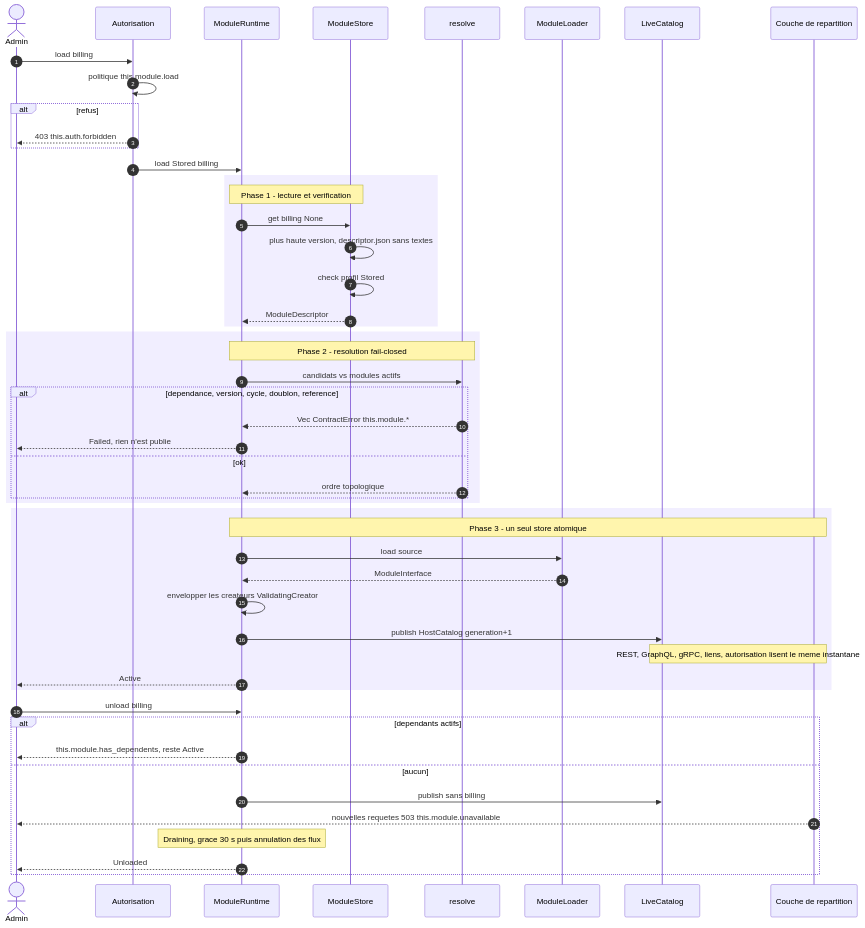
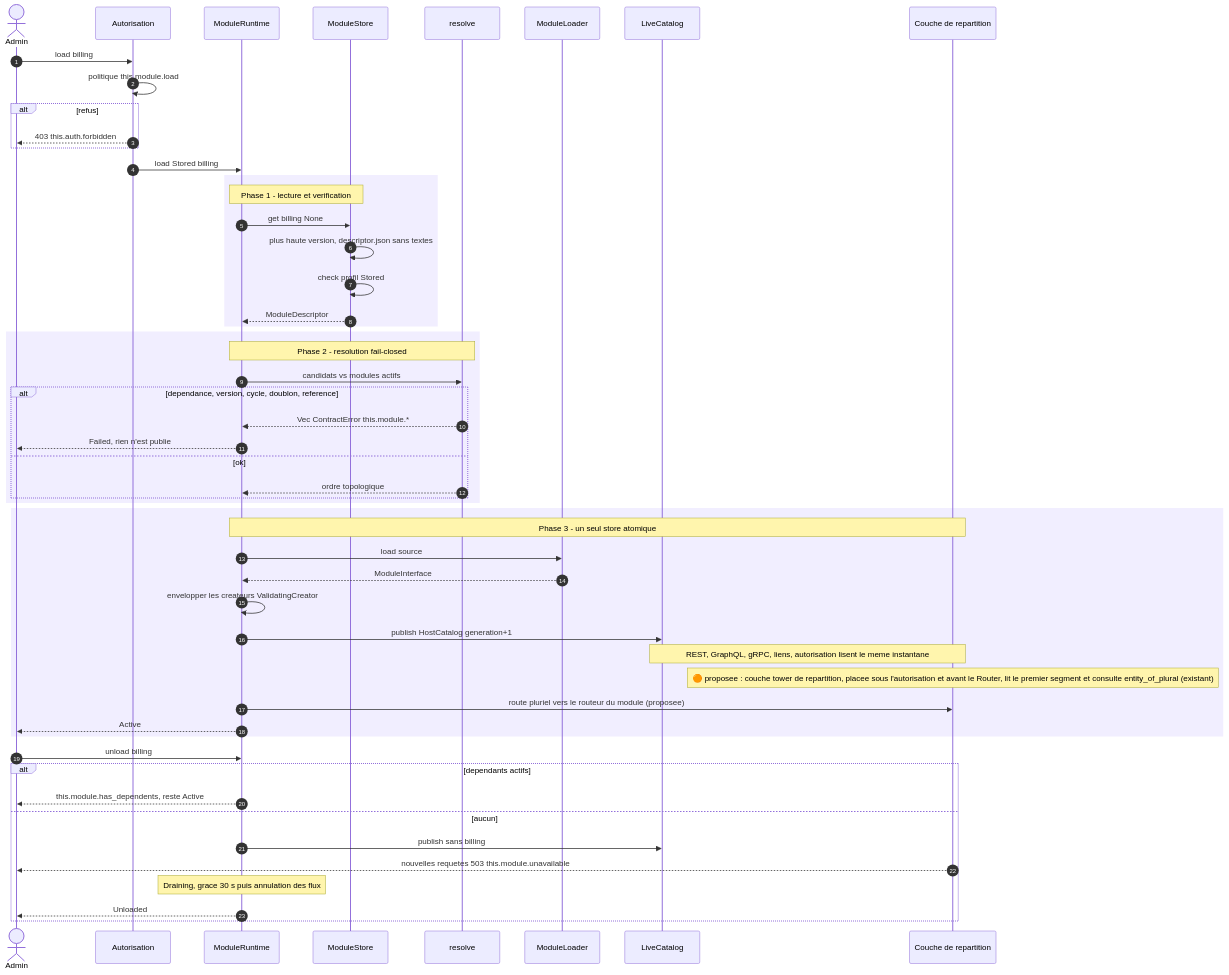
Before and after one commit to this-rs/this: the diagram in docs/atlas/module-descriptor/chargement-runtime.mmd, drawn with Mermaid. The commit also changed 1 other file, not shown here.

Commit message:
docs(atlas): unquote classDiagram cardinalities (lint) + dispatch-layer note in runtime load

```diff
--- a/docs/atlas/module-descriptor/chargement-runtime.mmd
+++ b/docs/atlas/module-descriptor/chargement-runtime.mmd
@@ -1,58 +1,60 @@
 sequenceDiagram
 %% name: module-descriptor-runtime-load
 %% PROUVE : rien encore pour la sequence (flux modules-runtime et vfs). Contrats prouves par la fondation :
 %%   resolve (tests resolve_*), check_compat (tag_reuse_move_and_unreserved_removal_detected), LiveCatalog
 %%   (readers_keep_their_snapshot_across_publication), VfsPath (vfs_path_rejects_dotdot_and_friends).
 %% SOURCES LUES : src/server/catalog.rs, src/storage/vfs/mod.rs, crates/this-descriptor/src/{resolve,compat,check}.rs.
 %% NON ETABLI : couche de repartition sous charge ; annulation des flux en fin de grace.
     autonumber
     actor Admin
     participant AZ as Autorisation
     participant RT as ModuleRuntime
     participant MS as ModuleStore
     participant RES as resolve
     participant LD as ModuleLoader
     participant CAT as LiveCatalog
     participant DSP as Couche de repartition
 
     Admin->>AZ: load billing
     AZ->>AZ: politique this.module.load
     alt refus
         AZ-->>Admin: 403 this.auth.forbidden
     end
     AZ->>RT: load Stored billing
     rect rgba(164,139,255,.15)
     Note over RT,MS: Phase 1 - lecture et verification
     RT->>MS: get billing None
     MS->>MS: plus haute version, descriptor.json sans textes
     MS->>MS: check profil Stored
     MS-->>RT: ModuleDescriptor
     end
     rect rgba(164,139,255,.15)
     Note over RT,RES: Phase 2 - resolution fail-closed
     RT->>RES: candidats vs modules actifs
     alt dependance, version, cycle, doublon, reference
         RES-->>RT: Vec ContractError this.module.*
         RT-->>Admin: Failed, rien n'est publie
     else ok
         RES-->>RT: ordre topologique
     end
     end
     rect rgba(164,139,255,.15)
     Note over RT,DSP: Phase 3 - un seul store atomique
     RT->>LD: load source
     LD-->>RT: ModuleInterface
     RT->>RT: envelopper les createurs ValidatingCreator
     RT->>CAT: publish HostCatalog generation+1
     Note over CAT,DSP: REST, GraphQL, gRPC, liens, autorisation lisent le meme instantane
+    Note over DSP: 🟠 proposee : couche tower de repartition, placee sous l'autorisation et avant le Router, lit le premier segment et consulte entity_of_plural (existant)
+    RT->>DSP: route pluriel vers le routeur du module (proposee)
     RT-->>Admin: Active
     end
     Admin->>RT: unload billing
     alt dependants actifs
         RT-->>Admin: this.module.has_dependents, reste Active
     else aucun
         RT->>CAT: publish sans billing
         DSP-->>Admin: nouvelles requetes 503 this.module.unavailable
         Note over RT: Draining, grace 30 s puis annulation des flux
         RT-->>Admin: Unloaded
     end
```
